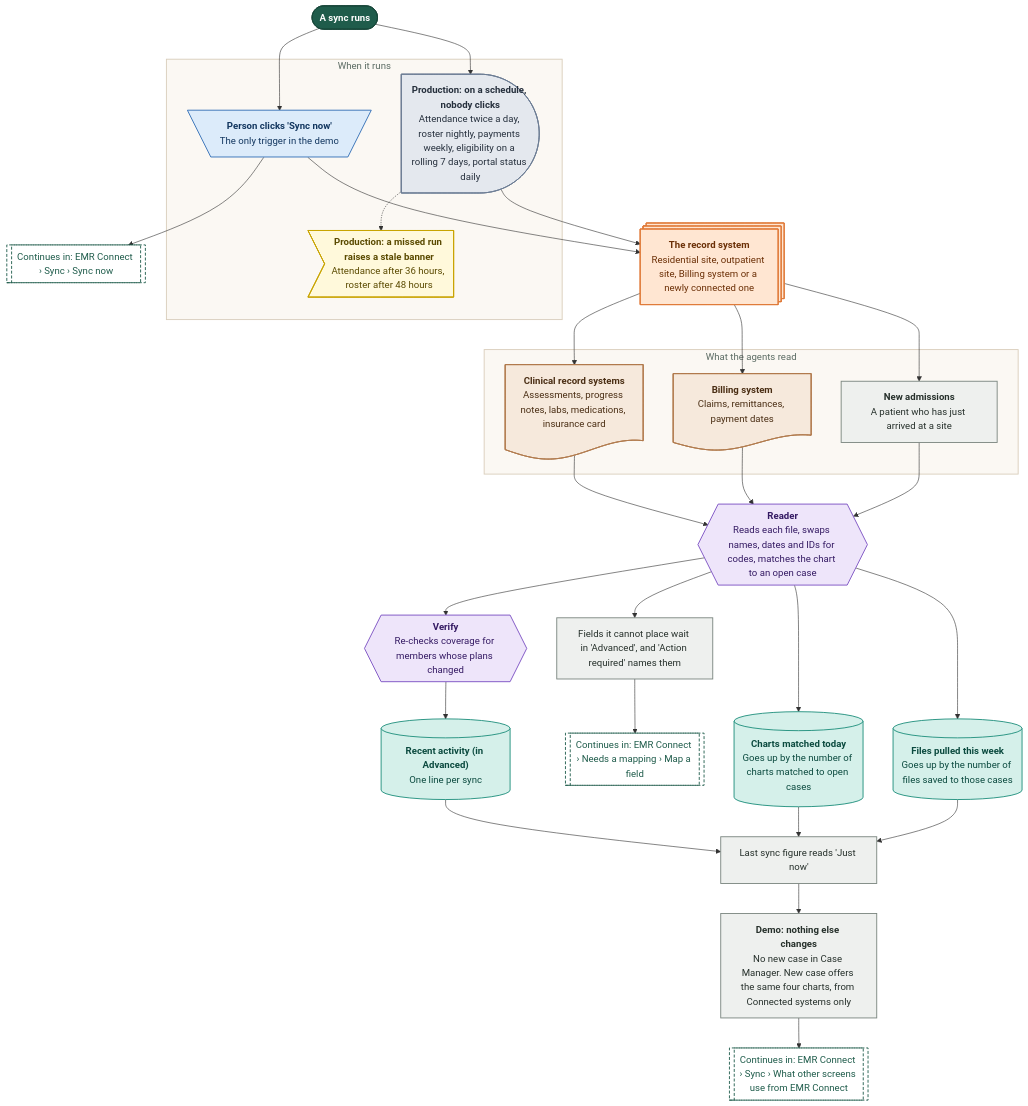
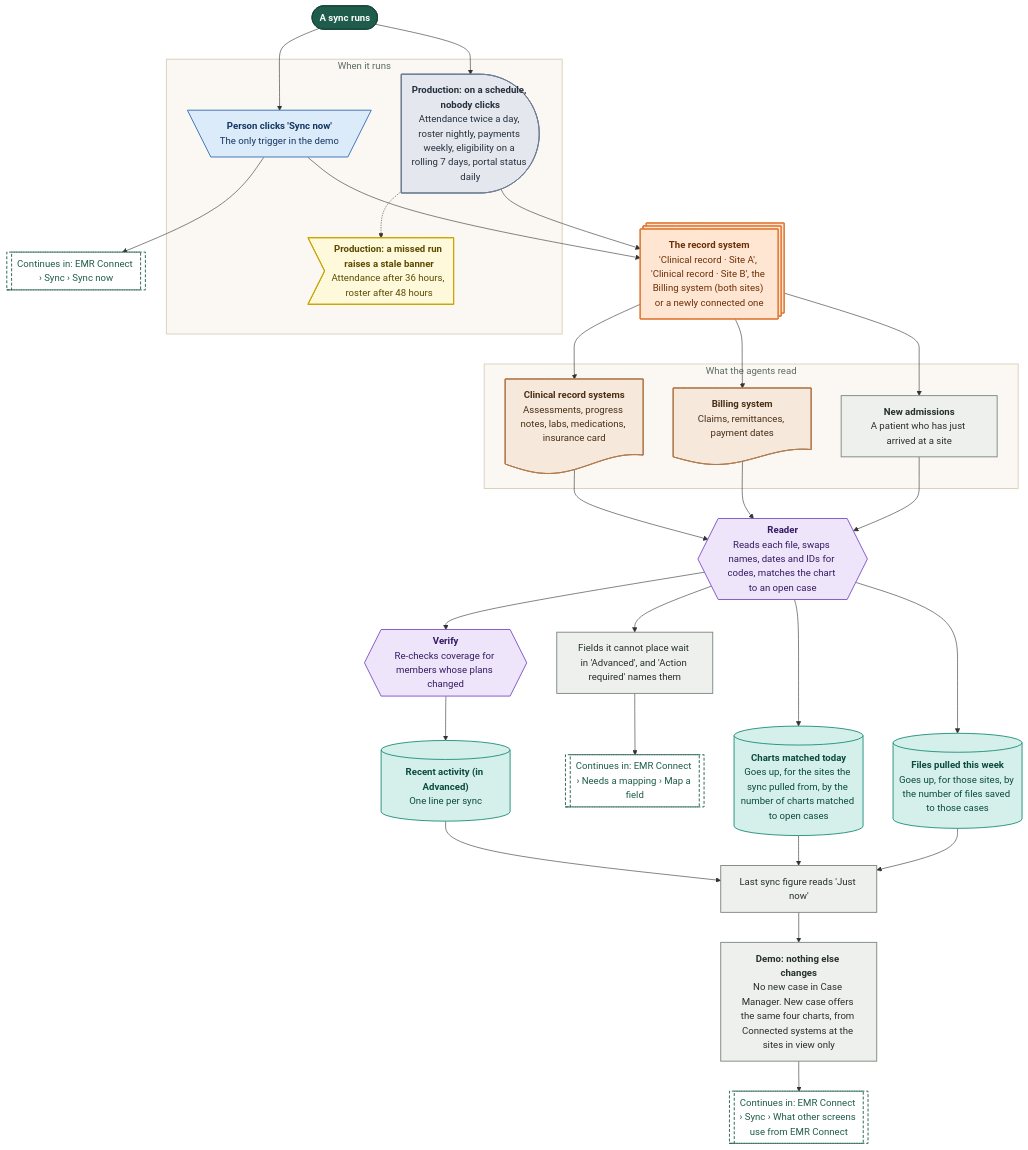
One commit to Shrav143/psyfloapp changed diagram 12 of 21 in demos/prior-auth-demo/workflows/out/md/09-emr-connect.md. Above: the diagram before and after it, drawn with Mermaid. The commit also changed other lines of this file and 251 other files, not shown here.

First line of the commit message:
docs: rebuild the workflow diagrams (291) for round 4

````diff
--- a/demos/prior-auth-demo/workflows/out/md/09-emr-connect.md
+++ b/demos/prior-auth-demo/workflows/out/md/09-emr-connect.md
@@ -823,70 +906,70 @@
 ```mermaid
 %%{init: {"theme":"base","themeVariables":{"fontFamily":"'DM Sans', 'Segoe UI', system-ui, sans-serif","fontSize":"15px","lineColor":"#5B6B63","primaryTextColor":"#1C2B25","clusterBkg":"#FBF8F3","clusterBorder":"#D9CDBB","edgeLabelBackground":"#FFFFFF"},"flowchart":{"curve":"basis","nodeSpacing":36,"rankSpacing":48,"padding":12,"htmlLabels":true,"useMaxWidth":false,"wrappingWidth":230}} }%%
 flowchart TD
   classDef k_start fill:#1F5C4B,stroke:#174638,color:#FFFFFF,stroke-width:1.5px,font-weight:600
   classDef k_end fill:#DDEFE3,stroke:#2E7D4F,color:#14502F,stroke-width:1.5px,font-weight:600
   classDef k_endx fill:#FBE3E0,stroke:#C0392B,color:#7A1F16,stroke-width:1.5px,font-weight:600
   classDef k_screen fill:#FFFDF8,stroke:#1F5C4B,color:#1C2B25,stroke-width:2px
   classDef k_overlay fill:#F1F7F3,stroke:#1F5C4B,color:#1C2B25,stroke-width:2px,stroke-dasharray:5 3
   classDef k_click fill:#DCEBFA,stroke:#2F6DB5,color:#12365F,stroke-width:1.5px
   classDef k_input fill:#E4E7FF,stroke:#4C5FD5,color:#1D2670,stroke-width:1.5px
   classDef k_process fill:#EEF0EE,stroke:#7A857F,color:#26302B,stroke-width:1.5px
   classDef k_agent fill:#EEE5FA,stroke:#7A4FC2,color:#341A63,stroke-width:1.5px
   classDef k_decision fill:#FFF0CC,stroke:#D9962B,color:#5C3B00,stroke-width:1.5px
   classDef k_store fill:#D5F0EA,stroke:#1C8E7B,color:#0B4A3F,stroke-width:1.5px
   classDef k_doc fill:#F6E9DC,stroke:#B07A4C,color:#4A2E14,stroke-width:1.5px
   classDef k_ext fill:#FFE6D2,stroke:#E07B39,color:#6B2F06,stroke-width:1.5px
   classDef k_wait fill:#E4E8EE,stroke:#6B7C93,color:#26303D,stroke-width:1.5px
   classDef k_toast fill:#FFF9DB,stroke:#C9A400,color:#5A4A00,stroke-width:1.5px
   classDef k_goto fill:#FFFFFF,stroke:#1F5C4B,color:#1F5C4B,stroke-width:1.5px,stroke-dasharray:5 3
   s1@{ shape: stadium, label: "A sync runs" }
   subgraph gWhen ["When it runs"]
   w1@{ shape: trap-t, label: "<b>Person clicks 'Sync now'</b><br/>The only trigger in the demo" }
   w2@{ shape: delay, label: "<b>Production: on a schedule, nobody clicks</b><br/>Attendance twice a day, roster nightly, payments weekly, eligibility on a rolling 7 days, portal status daily" }
   w3@{ shape: odd, label: "<b>Production: a missed run raises a stale banner</b><br/>Attendance after 36 hours, roster after 48 hours" }
   end
-  x1@{ shape: st-rect, label: "<b>The record system</b><br/>Residential site, outpatient site, Billing system or a newly connected one" }
+  x1@{ shape: st-rect, label: "<b>The record system</b><br/>'Clinical record · Site A', 'Clinical record · Site B', the Billing system (both sites) or a newly connected one" }
   subgraph gPull ["What the agents read"]
   d1@{ shape: doc, label: "<b>Clinical record systems</b><br/>Assessments, progress notes, labs, medications, insurance card" }
   d2@{ shape: doc, label: "<b>Billing system</b><br/>Claims, remittances, payment dates" }
   d3@{ shape: rect, label: "<b>New admissions</b><br/>A patient who has just arrived at a site" }
   end
   a1@{ shape: hex, label: "<b>Reader</b><br/>Reads each file, swaps names, dates and IDs for codes, matches the chart to an open case" }
   a2@{ shape: hex, label: "<b>Verify</b><br/>Re-checks coverage for members whose plans changed" }
   p1@{ shape: rect, label: "Fields it cannot place wait in 'Advanced', and 'Action required' names them" }
-  s2@{ shape: cyl, label: "<b>Charts matched today</b><br/>Goes up by the number of charts matched to open cases" }
-  s3@{ shape: cyl, label: "<b>Files pulled this week</b><br/>Goes up by the number of files saved to those cases" }
+  s2@{ shape: cyl, label: "<b>Charts matched today</b><br/>Goes up, for the sites the sync pulled from, by the number of charts matched to open cases" }
+  s3@{ shape: cyl, label: "<b>Files pulled this week</b><br/>Goes up, for those sites, by the number of files saved to those cases" }
   s4@{ shape: cyl, label: "<b>Recent activity (in Advanced)</b><br/>One line per sync" }
-  p2@{ shape: rect, label: "<b>Demo: nothing else changes</b><br/>No new case in Case Manager. New case offers the same four charts, from Connected systems only" }
+  p2@{ shape: rect, label: "<b>Demo: nothing else changes</b><br/>No new case in Case Manager. New case offers the same four charts, from Connected systems at the sites in view only" }
   e1@{ shape: rect, label: "Last sync figure reads 'Just now'" }
   g1@{ shape: subproc, label: "Continues in: EMR Connect › Sync › Sync now" }
   g2@{ shape: subproc, label: "Continues in: EMR Connect › Needs a mapping › Map a field" }
   g3@{ shape: subproc, label: "Continues in: EMR Connect › Sync › What other screens use from EMR Connect" }
   s1 --> w1 & w2
   w2 -.-> w3
   w1 --> g1
   w1 --> x1
   w2 --> x1
   x1 --> d1 & d2 & d3
   d1 & d2 & d3 --> a1
   a1 --> a2
   a1 --> p1
   p1 --> g2
   a1 --> s2 & s3
   a2 --> s4
   s2 & s3 & s4 --> e1
   e1 --> p2
   p2 --> g3
   class s1 k_start
   class w1 k_click
   class w2 k_wait
   class w3 k_toast
   class x1 k_ext
   class d1,d2 k_doc
   class d3,p1,p2,e1 k_process
   class a1,a2 k_agent
   class s2,s3,s4 k_store
   class g1,g2,g3 k_goto
   style gWhen fill:#FBF8F3,stroke:#D9CDBB,stroke-width:1.5px,color:#5B6B63
   style gPull fill:#FBF8F3,stroke:#D9CDBB,stroke-width:1.5px,color:#5B6B63
 ```
````
